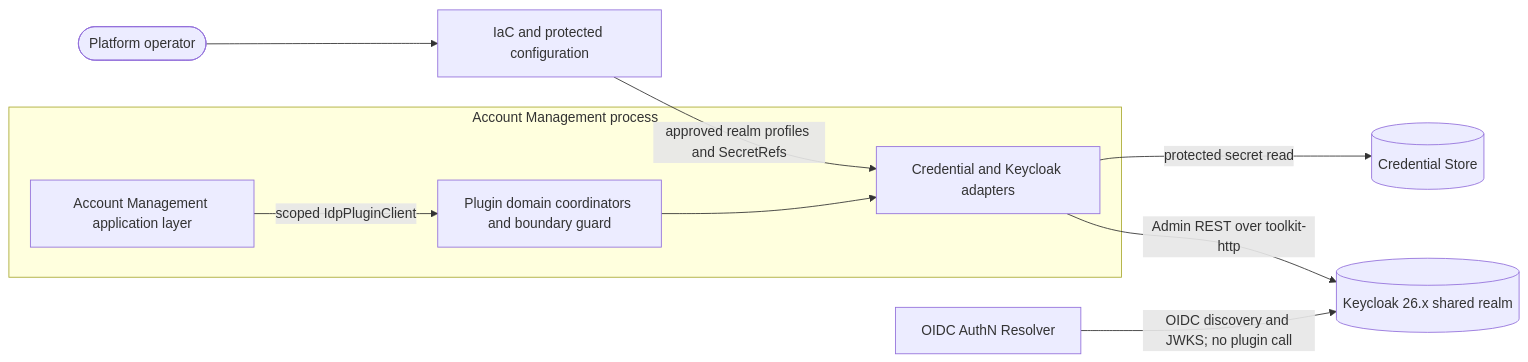
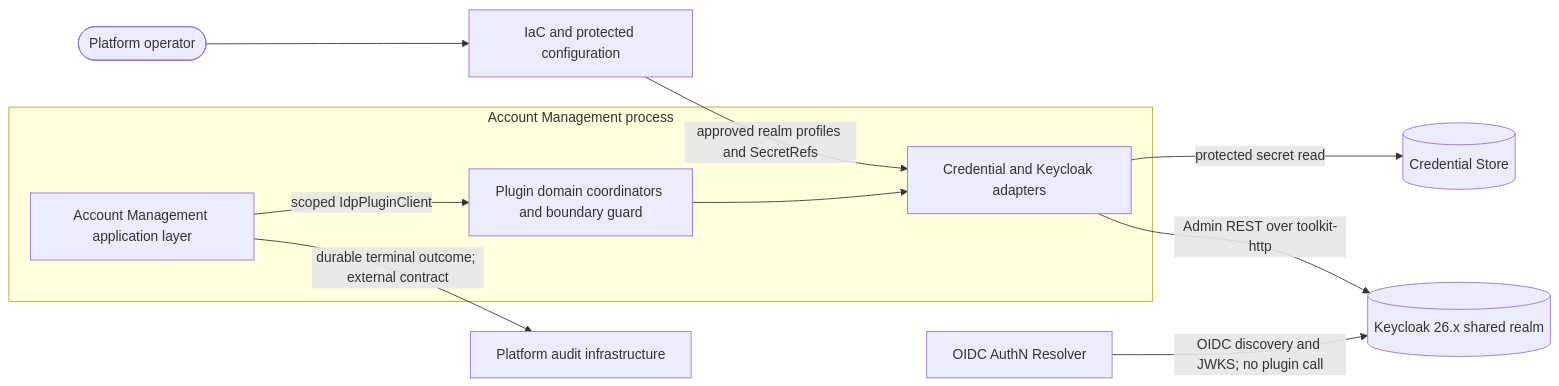
Before and after one commit to constructorfabric/gears-rust: the first of 2 diagrams in gears/system/account-management/plugins/keycloak-idp-plugin/docs/DESIGN.md, drawn with Mermaid. The commit also changed other lines of this file and 2 other files, not shown here.

````diff
--- a/gears/system/account-management/plugins/keycloak-idp-plugin/docs/DESIGN.md
+++ b/gears/system/account-management/plugins/keycloak-idp-plugin/docs/DESIGN.md
@@ -98,21 +100,23 @@
 ```mermaid
 flowchart LR
   operator([Platform operator])
   iac[IaC and protected configuration]
   cred[(Credential Store)]
   kc[(Keycloak 26.x shared realm)]
   authn[OIDC AuthN Resolver]
+  audit[Platform audit infrastructure]
   subgraph am[Account Management process]
     api[Account Management application layer]
     domain[Plugin domain coordinators and boundary guard]
     infra[Credential and Keycloak adapters]
   end
 
   operator --> iac
   iac -->|approved realm profiles and SecretRefs| infra
   api -->|scoped IdpPluginClient| domain
+  api -->|durable terminal outcome; external contract| audit
   domain --> infra
   infra -->|protected secret read| cred
   infra -->|Admin REST over toolkit-http| kc
   authn -->|OIDC discovery and JWKS; no plugin call| kc
 ```
````
